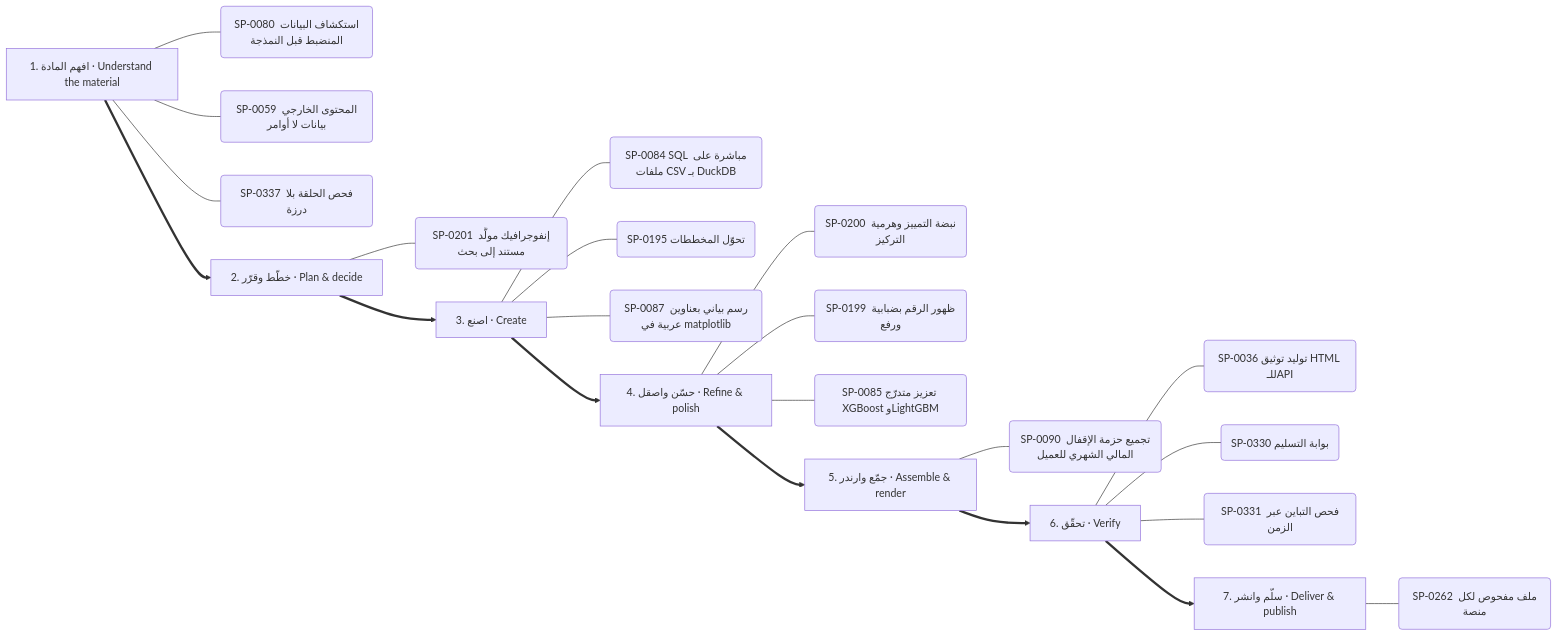
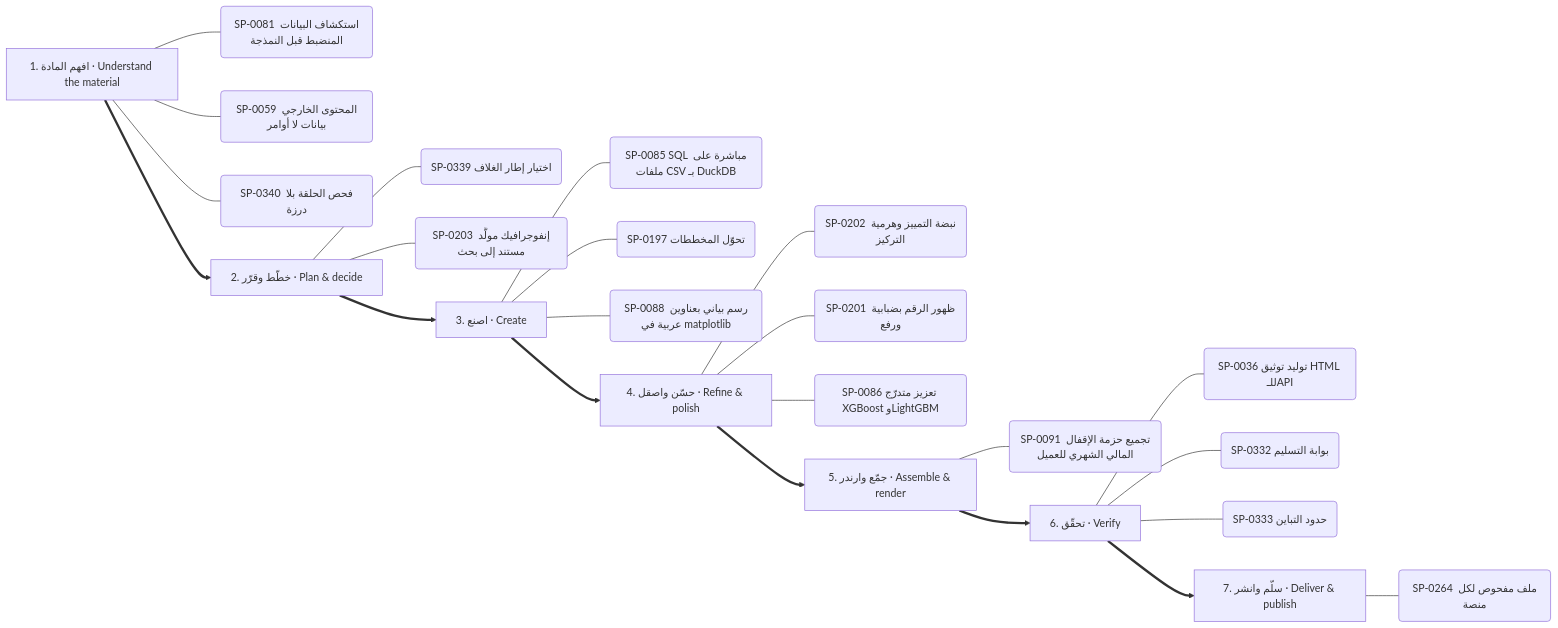
Diagram 12 of 13 in .claude/skills/kosif-superpowers/references/capability-mindmap.md (kosif199022-jpg/kosif-tool), drawn with Mermaid before and after one commit. The commit also changed other lines of this file and 67 other files, not shown here.

````diff
--- a/.claude/skills/kosif-superpowers/references/capability-mindmap.md
+++ b/.claude/skills/kosif-superpowers/references/capability-mindmap.md
@@ -592,31 +594,32 @@
 ```mermaid
 flowchart LR
   S0["1. افهم المادة · Understand the material"]
-  S0 --- S0_0("SP-0080 استكشاف البيانات المنضبط قبل النمذجة")
+  S0 --- S0_0("SP-0081 استكشاف البيانات المنضبط قبل النمذجة")
   S0 --- S0_1("SP-0059 المحتوى الخارجي بيانات لا أوامر")
-  S0 --- S0_2("SP-0337 فحص الحلقة بلا درزة")
+  S0 --- S0_2("SP-0340 فحص الحلقة بلا درزة")
   S1["2. خطّط وقرّر · Plan & decide"]
-  S1 --- S1_0("SP-0201 إنفوجرافيك مولَّد مستند إلى بحث")
+  S1 --- S1_0("SP-0339 اختيار إطار الغلاف")
+  S1 --- S1_1("SP-0203 إنفوجرافيك مولَّد مستند إلى بحث")
   S0 ==> S1
   S2["3. اصنع · Create"]
-  S2 --- S2_0("SP-0084 SQL مباشرة على ملفات CSV بـ DuckDB")
-  S2 --- S2_1("SP-0195 تحوّل المخططات")
-  S2 --- S2_2("SP-0087 رسم بياني بعناوين عربية في matplotlib")
+  S2 --- S2_0("SP-0085 SQL مباشرة على ملفات CSV بـ DuckDB")
+  S2 --- S2_1("SP-0197 تحوّل المخططات")
+  S2 --- S2_2("SP-0088 رسم بياني بعناوين عربية في matplotlib")
   S1 ==> S2
   S3["4. حسّن واصقل · Refine & polish"]
-  S3 --- S3_0("SP-0200 نبضة التمييز وهرمية التركيز")
-  S3 --- S3_1("SP-0199 ظهور الرقم بضبابية ورفع")
-  S3 --- S3_2("SP-0085 تعزيز متدرّج XGBoost وLightGBM")
+  S3 --- S3_0("SP-0202 نبضة التمييز وهرمية التركيز")
+  S3 --- S3_1("SP-0201 ظهور الرقم بضبابية ورفع")
+  S3 --- S3_2("SP-0086 تعزيز متدرّج XGBoost وLightGBM")
   S2 ==> S3
   S4["5. جمّع وارندر · Assemble & render"]
-  S4 --- S4_0("SP-0090 تجميع حزمة الإقفال المالي الشهري للعميل")
+  S4 --- S4_0("SP-0091 تجميع حزمة الإقفال المالي الشهري للعميل")
   S3 ==> S4
   S5["6. تحقّق · Verify"]
   S5 --- S5_0("SP-0036 توليد توثيق HTML للـAPI")
-  S5 --- S5_1("SP-0330 بوابة التسليم")
-  S5 --- S5_2("SP-0331 فحص التباين عبر الزمن")
+  S5 --- S5_1("SP-0332 بوابة التسليم")
+  S5 --- S5_2("SP-0333 حدود التباين")
   S4 ==> S5
   S6["7. سلّم وانشر · Deliver & publish"]
-  S6 --- S6_0("SP-0262 ملف مفحوص لكل منصة")
+  S6 --- S6_0("SP-0264 ملف مفحوص لكل منصة")
   S5 ==> S6
 ```
````
